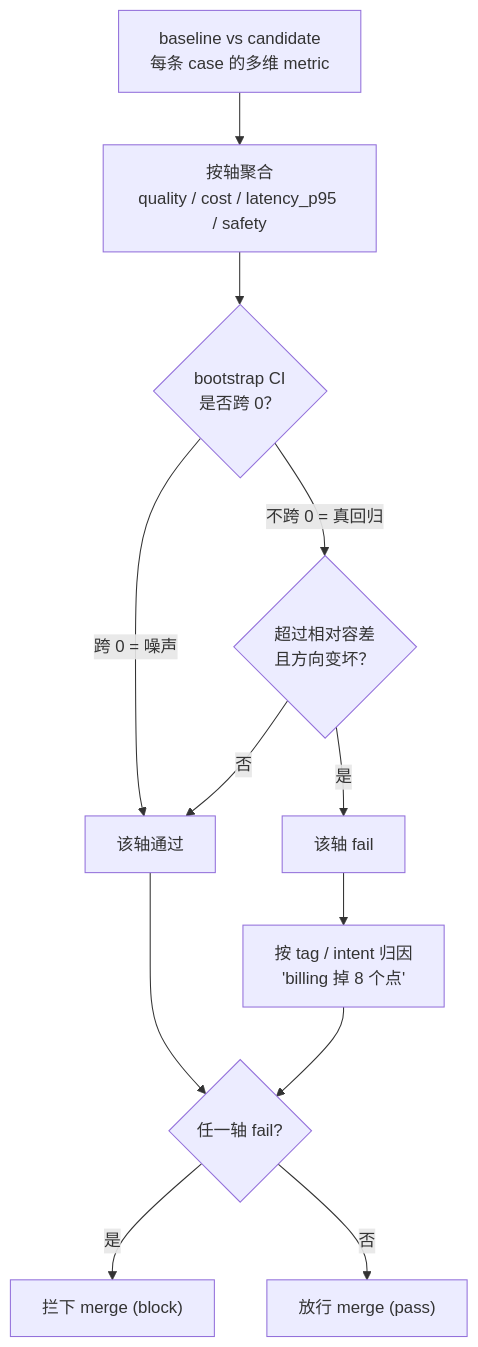
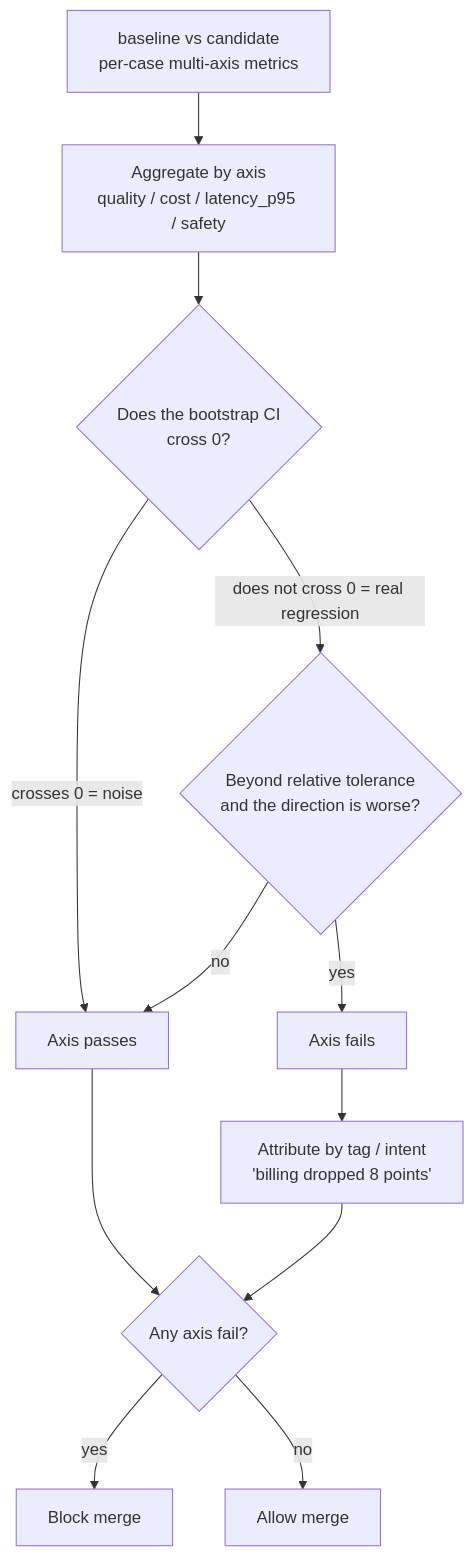
One commit to AndyUneducated/eval-gate changed the sixth of 7 diagrams in README.md. Above: the diagram before and after it, drawn with Mermaid. The commit also changed other lines of this file and 22 other files, not shown here.

````diff
--- a/README.md
+++ b/README.md
@@ -237,14 +237,14 @@
 ```mermaid
 flowchart TB
-    REC["baseline vs candidate<br/>每条 case 的多维 metric"] --> AGG["按轴聚合<br/>quality / cost / latency_p95 / safety"]
-    AGG --> SIG{"bootstrap CI<br/>是否跨 0？"}
-    SIG -->|"跨 0 = 噪声"| OK["该轴通过"]
-    SIG -->|"不跨 0 = 真回归"| TOL{"超过相对容差<br/>且方向变坏？"}
-    TOL -->|"否"| OK
-    TOL -->|"是"| FAIL["该轴 fail"]
-    FAIL --> ATTR["按 tag / intent 归因<br/>'billing 掉 8 个点'"]
-    OK --> GATE{"任一轴 fail?"}
+    REC["baseline vs candidate<br/>per-case multi-axis metrics"] --> AGG["Aggregate by axis<br/>quality / cost / latency_p95 / safety"]
+    AGG --> SIG{"Does the bootstrap CI<br/>cross 0?"}
+    SIG -->|"crosses 0 = noise"| OK["Axis passes"]
+    SIG -->|"does not cross 0 = real regression"| TOL{"Beyond relative tolerance<br/>and the direction is worse?"}
+    TOL -->|"no"| OK
+    TOL -->|"yes"| FAIL["Axis fails"]
+    FAIL --> ATTR["Attribute by tag / intent<br/>'billing dropped 8 points'"]
+    OK --> GATE{"Any axis fail?"}
     ATTR --> GATE
-    GATE -->|"是"| BLOCK["拦下 merge (block)"]
-    GATE -->|"否"| PASS["放行 merge (pass)"]
+    GATE -->|"yes"| BLOCK["Block merge"]
+    GATE -->|"no"| PASS["Allow merge"]
 ```
````
